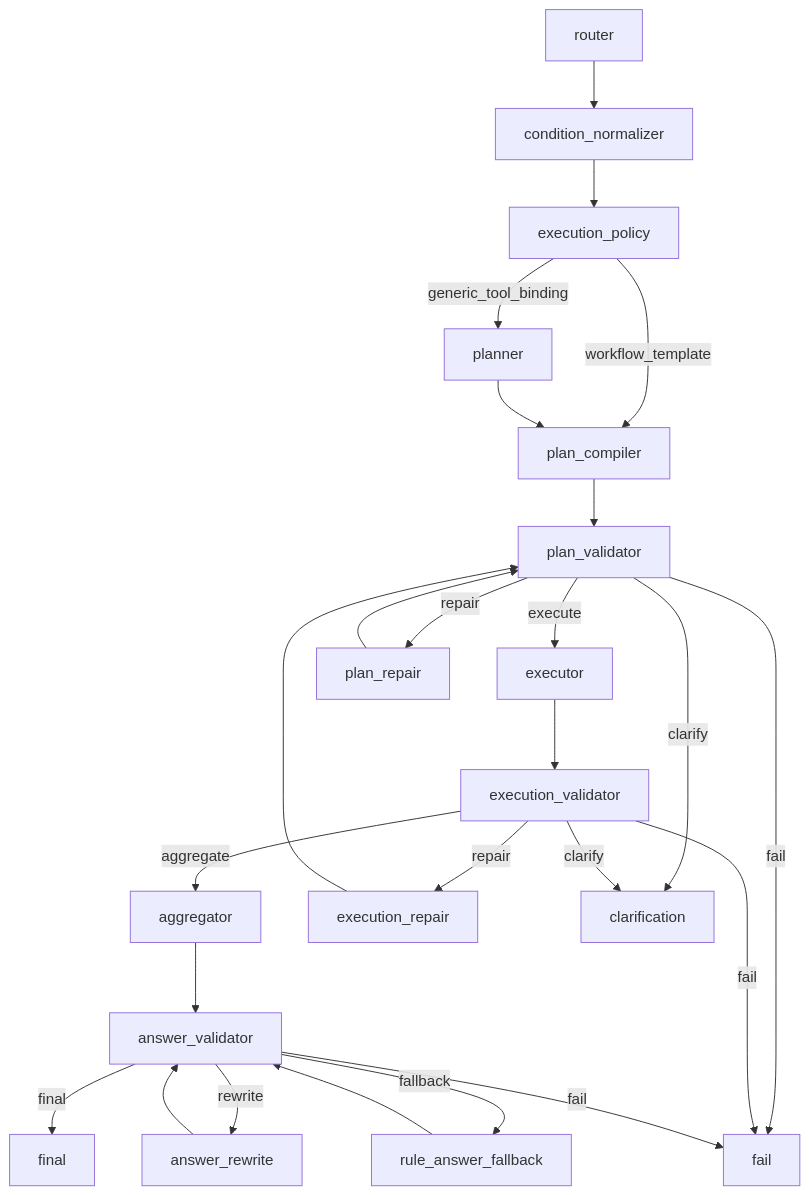
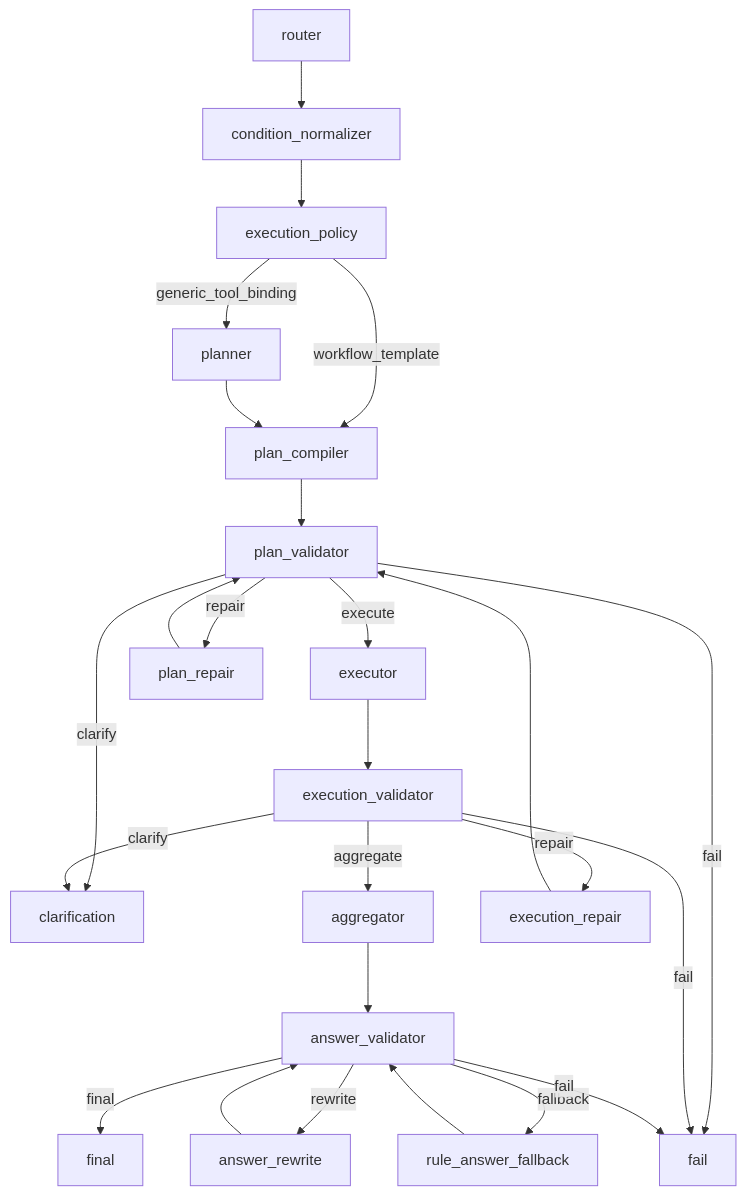
One commit to Matrixllc/resume-ai-agent-2026 changed the diagram in resume_query_ai_qa/nodes/README.md. Above: the diagram before and after it, drawn with Mermaid. The commit also changed other lines of this file and 256 other files, not shown here.

````diff
--- a/resume_query_ai_qa/nodes/README.md
+++ b/resume_query_ai_qa/nodes/README.md
@@ -10,27 +36,27 @@
 ```mermaid
 flowchart TD
   A["router"] --> B["condition_normalizer"]
   B --> C["execution_policy"]
   C -->|"workflow_template"| E["plan_compiler"]
   C -->|"generic_tool_binding"| D["planner"]
   D --> E
   E --> F["plan_validator"]
   F -->|"execute"| H["executor"]
   F -->|"repair"| G["plan_repair"]
   G --> F
+  F -->|"clarify"| P["clarification"]
+  F -->|"fail"| Q["fail"]
   H --> I["execution_validator"]
   I -->|"aggregate"| K["aggregator"]
   I -->|"repair"| J["execution_repair"]
   J --> F
+  I -->|"clarify"| P
+  I -->|"fail"| Q
   K --> L["answer_validator"]
   L -->|"final"| O["final"]
   L -->|"rewrite"| M["answer_rewrite"]
   M --> L
   L -->|"fallback"| N["rule_answer_fallback"]
   N --> L
-  F -->|"fail"| Q["fail"]
-  I -->|"fail"| Q
   L -->|"fail"| Q
-  F -->|"clarify"| P["clarification"]
-  I -->|"clarify"| P
 ```
````
